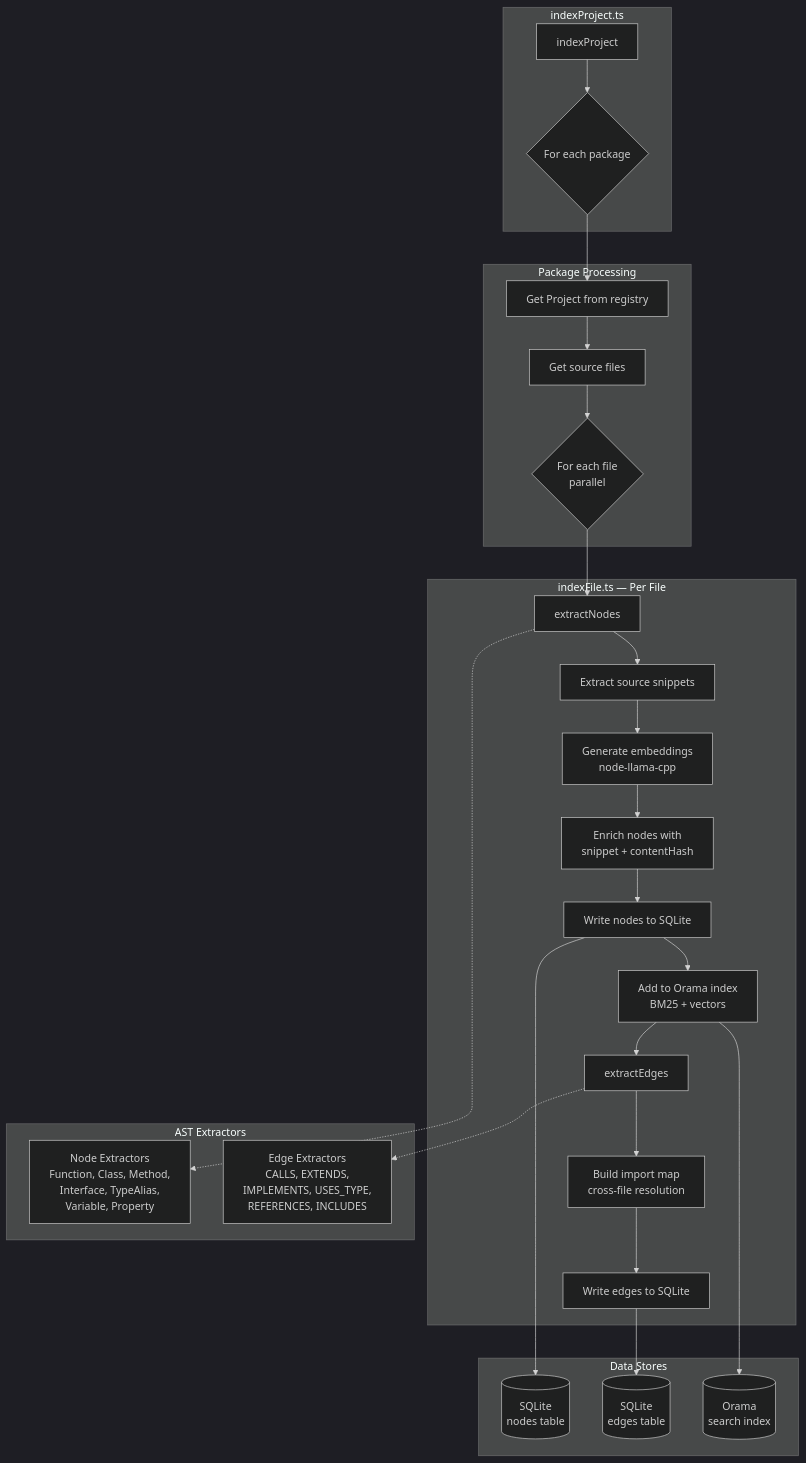
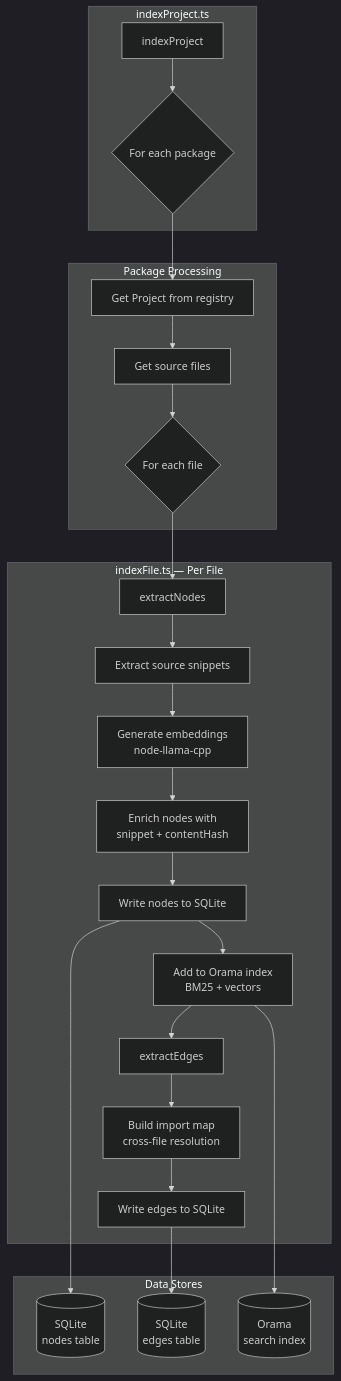
The second of 2 diagrams in ARCHITECTURE.md (couzic/ts-graph-mcp), drawn with Mermaid (dark theme) before and after one commit. The commit also changed other lines of this file and 115 other files, not shown here.

````diff
--- a/ARCHITECTURE.md
+++ b/ARCHITECTURE.md
@@ -227,35 +151,30 @@
 ```mermaid
 flowchart TD
     subgraph Entry["indexProject.ts"]
         A[indexProject] --> B{For each package}
     end
 
     subgraph Package["Package Processing"]
         B --> C[Get Project from registry]
         C --> D[Get source files]
-        D --> E{For each file<br/>parallel}
+        D --> E{For each file}
     end
 
     subgraph File["indexFile.ts — Per File"]
         E --> F[extractNodes]
         F --> H[Extract source snippets]
         H --> I[Generate embeddings<br/>node-llama-cpp]
         I --> EN[Enrich nodes with<br/>snippet + contentHash]
         EN --> G[Write nodes to SQLite]
         G --> J[Add to Orama index<br/>BM25 + vectors]
         J --> O[extractEdges]
         O --> P[Build import map<br/>cross-file resolution]
         P --> Q[Write edges to SQLite]
     end
 
     subgraph Storage["Data Stores"]
         G --> DB[(SQLite<br/>nodes table)]
         Q --> DB2[(SQLite<br/>edges table)]
         J --> SI[(Orama<br/>search index)]
     end
-
-    subgraph Extractors["AST Extractors"]
-        F -.-> NE[Node Extractors<br/>Function, Class, Method,<br/>Interface, TypeAlias,<br/>Variable, Property]
-        O -.-> EE[Edge Extractors<br/>CALLS, EXTENDS,<br/>IMPLEMENTS, USES_TYPE,<br/>REFERENCES, INCLUDES]
-    end
 ```
````
